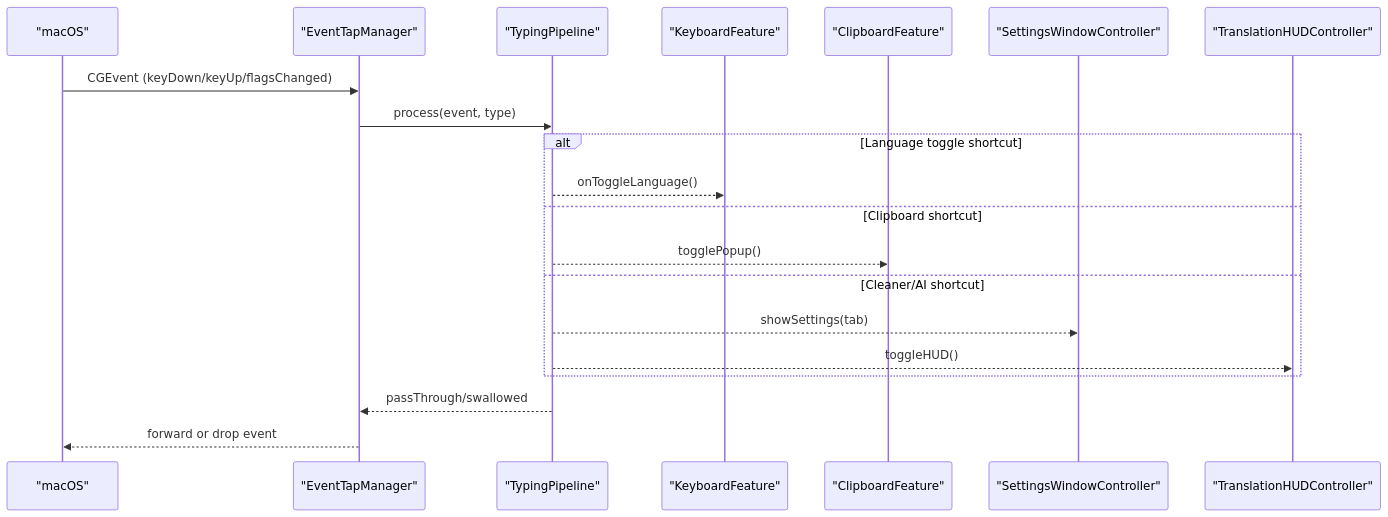
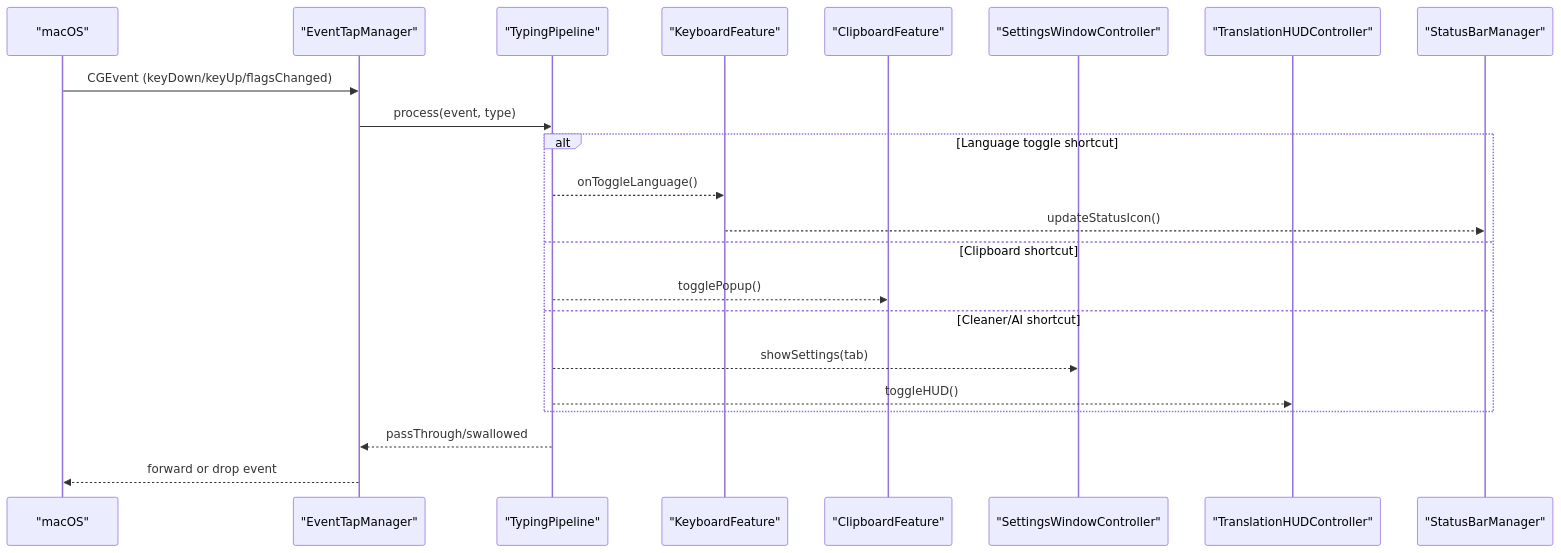
One commit to Nam088/skey changed the second of 9 diagrams in .qoder/repowiki/en/content/macOS Application/macOS Application.md. Above: the diagram before and after it, drawn with Mermaid. The commit also changed other lines of this file and 84 other files, not shown here.

````diff
--- a/.qoder/repowiki/en/content/macOS Application/macOS Application.md
+++ b/.qoder/repowiki/en/content/macOS Application/macOS Application.md
@@ -115,22 +144,24 @@
 ```mermaid
 sequenceDiagram
 participant OS as "macOS"
 participant ETM as "EventTapManager"
 participant TP as "TypingPipeline"
 participant KF as "KeyboardFeature"
 participant CF as "ClipboardFeature"
 participant SW as "SettingsWindowController"
 participant TH as "TranslationHUDController"
+participant SBM as "StatusBarManager"
 OS->>ETM : CGEvent (keyDown/keyUp/flagsChanged)
 ETM->>TP : process(event, type)
 alt Language toggle shortcut
 TP-->>KF : onToggleLanguage()
+KF-->>SBM : updateStatusIcon()
 else Clipboard shortcut
 TP-->>CF : togglePopup()
 else Cleaner/AI shortcut
 TP-->>SW : showSettings(tab)
 TP-->>TH : toggleHUD()
 end
 TP-->>ETM : passThrough/swallowed
 ETM-->>OS : forward or drop event
 ```
````
